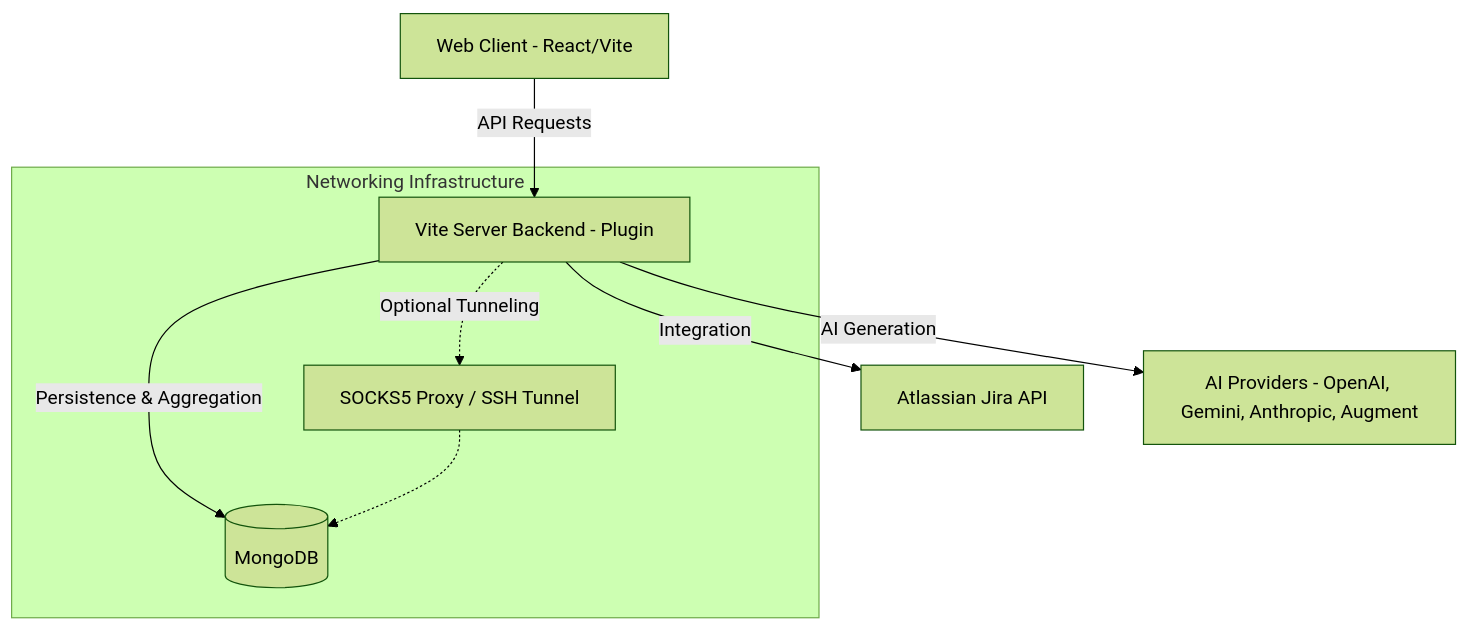
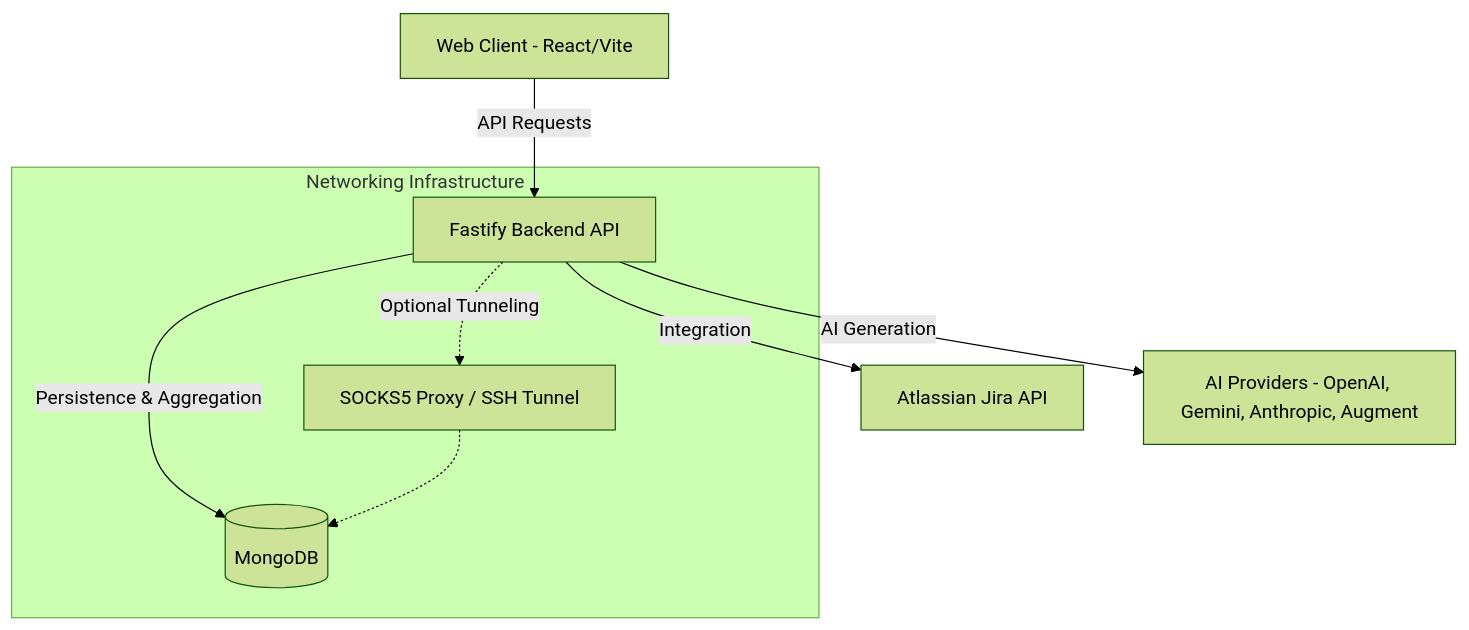
Before and after one commit to AlesKracik/ValueStream-DependencyTree: the first of 4 diagrams in doc/ARCHITECTURE.md, drawn with Mermaid (forest theme). The commit also changed other lines of this file and 47 other files, not shown here.

````diff
--- a/doc/ARCHITECTURE.md
+++ b/doc/ARCHITECTURE.md
@@ -8,19 +8,19 @@
 ```mermaid
 graph TD
     Client[Web Client - React/Vite]
-    Backend[Vite Server Backend - Plugin]
+    Backend[Fastify Backend API]
     Mongo[(MongoDB)]
     Jira[Atlassian Jira API]
     AI[AI Providers - OpenAI, Gemini, Anthropic, Augment]
 
     Client -->|API Requests| Backend
     Backend -->|Persistence & Aggregation| Mongo
     Backend -->|Integration| Jira
     Backend -->|AI Generation| AI
     
     subgraph "Networking Infrastructure"
         Proxy[SOCKS5 Proxy / SSH Tunnel]
         Backend -.->|Optional Tunneling| Proxy
         Proxy -.-> Mongo
     end
 ```
````
